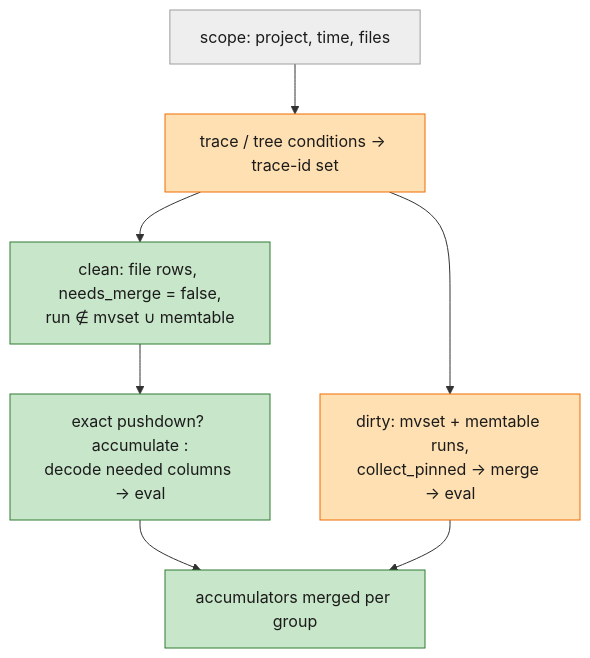
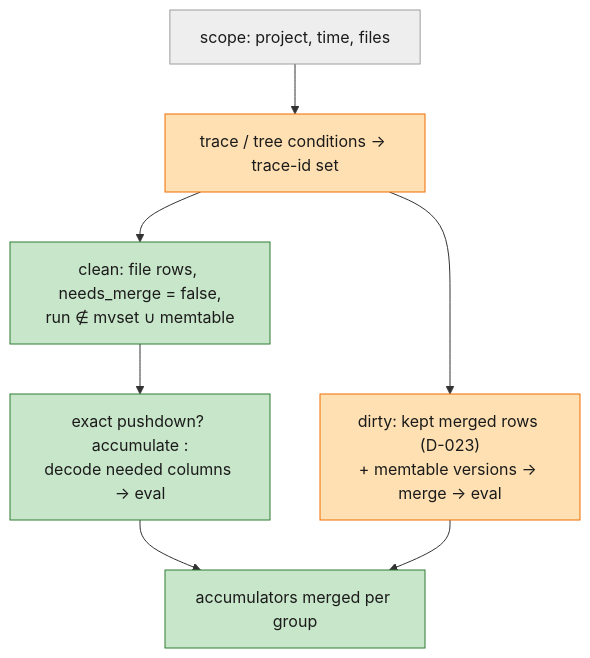
The fifth of 7 diagrams in specs/003-m3-search-aggregates-speed/design.md (liukai/smithling), drawn with Mermaid before and after one commit. The commit also changed other lines of this file and 27 other files, not shown here.

````diff
--- a/specs/003-m3-search-aggregates-speed/design.md
+++ b/specs/003-m3-search-aggregates-speed/design.md
@@ -211,14 +213,14 @@
 ```mermaid
 flowchart TB
     S["scope: project, time, files"]:::old
     T["trace / tree conditions → trace-id set"]:::revised
     C["clean: file rows, needs_merge = false,<br/>run ∉ mvset ∪ memtable"]:::new
-    D["dirty: mvset + memtable runs,<br/>collect_pinned → merge → eval"]:::revised
+    D["dirty: kept merged rows (D-023)<br/>+ memtable versions → merge → eval"]:::revised
     E["exact pushdown? accumulate :<br/>decode needed columns → eval"]:::new
     A["accumulators merged per group"]:::new
     S --> T --> C --> E --> A
     T --> D --> A
     classDef new fill:#c8e6c9,stroke:#2e7d32,color:#1b1b1b
     classDef revised fill:#ffe0b2,stroke:#ef6c00,color:#1b1b1b
     classDef old fill:#eeeeee,stroke:#9e9e9e,color:#1b1b1b
 ```
````
